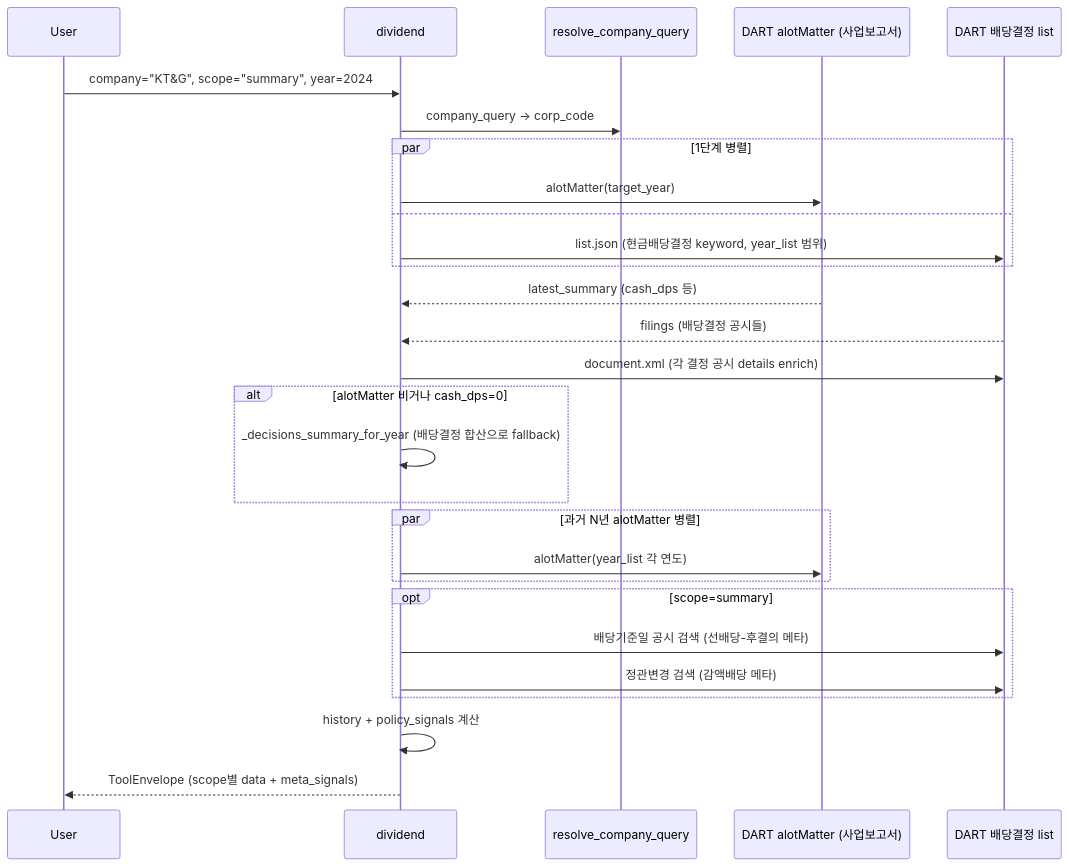
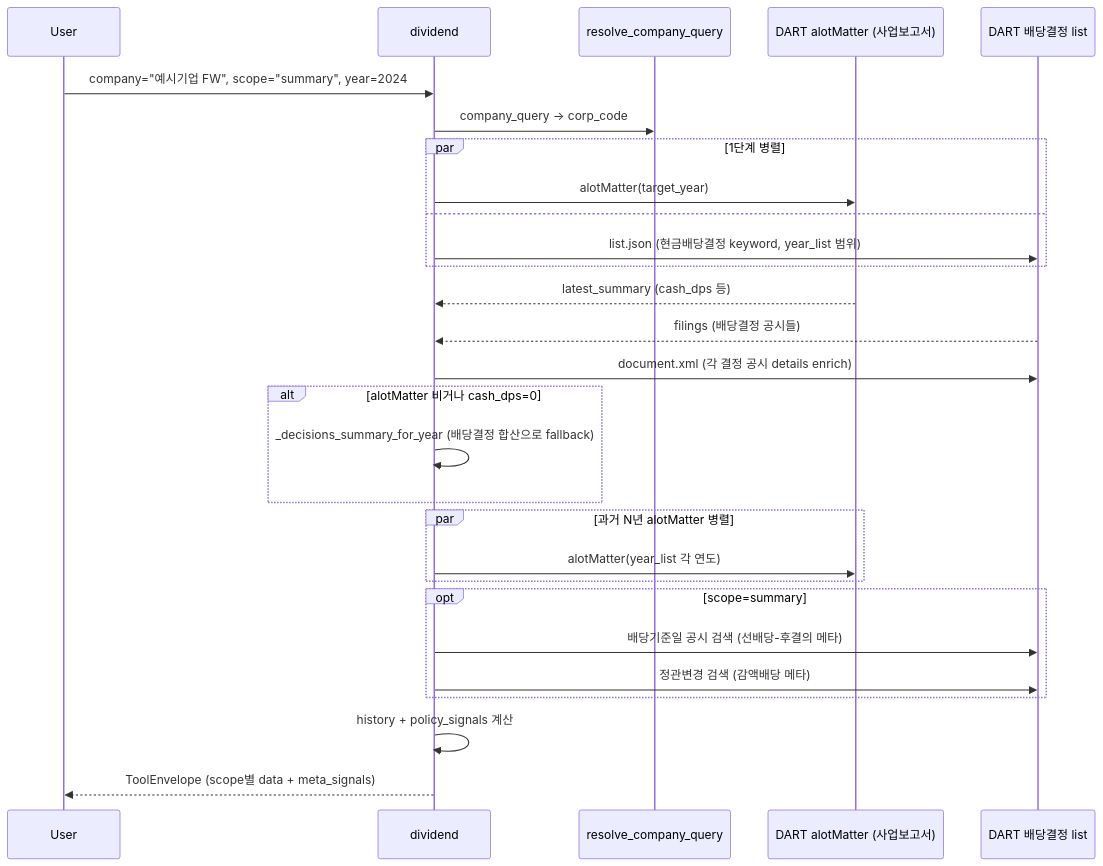
Before and after one commit to MarcoYou/open-proxy-mcp: the diagram in wiki/tools/dividend_disclosure.md, drawn with Mermaid. The commit also changed other lines of this file and 156 other files, not shown here.

````diff
--- a/wiki/tools/dividend_disclosure.md
+++ b/wiki/tools/dividend_disclosure.md
@@ -113,30 +115,30 @@
 ```mermaid
 sequenceDiagram
     participant U as User
     participant T as dividend
     participant R as resolve_company_query
     participant DA as DART alotMatter (사업보고서)
     participant DD as DART 배당결정 list
-    U->>T: company="KT&G", scope="summary", year=2024
+    U->>T: company="예시기업 FW", scope="summary", year=2024
     T->>R: company_query → corp_code
     par 1단계 병렬
         T->>DA: alotMatter(target_year)
     and
         T->>DD: list.json (현금배당결정 keyword, year_list 범위)
     end
     DA-->>T: latest_summary (cash_dps 등)
     DD-->>T: filings (배당결정 공시들)
     T->>DD: document.xml (각 결정 공시 details enrich)
     alt alotMatter 비거나 cash_dps=0
         T->>T: _decisions_summary_for_year (배당결정 합산으로 fallback)
     end
     par 과거 N년 alotMatter 병렬
         T->>DA: alotMatter(year_list 각 연도)
     end
     opt scope=summary
         T->>DD: 배당기준일 공시 검색 (선배당-후결의 메타)
         T->>DD: 정관변경 검색 (감액배당 메타)
     end
     T->>T: history + policy_signals 계산
     T-->>U: ToolEnvelope (scope별 data + meta_signals)
 ```
````
